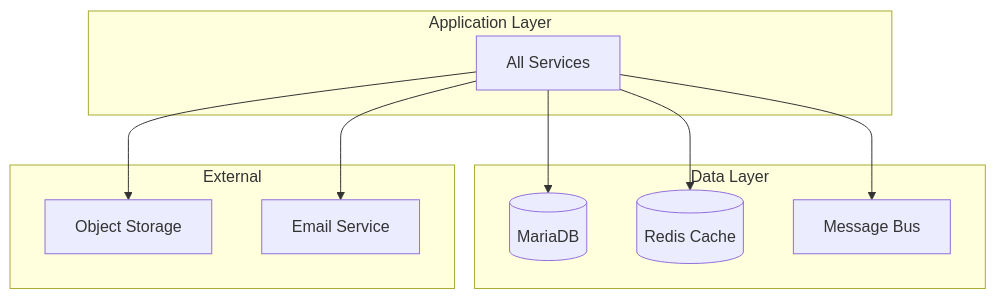
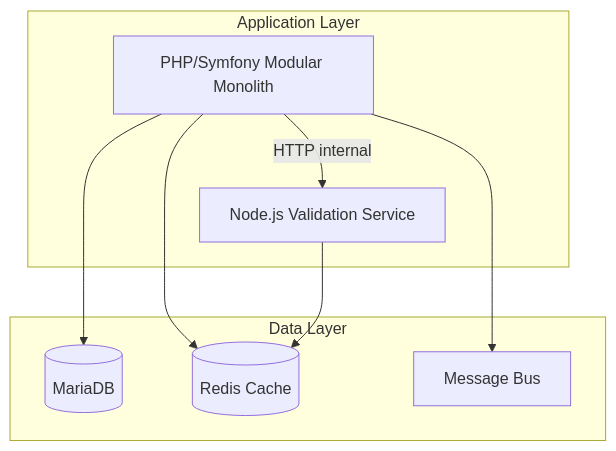
The tenth of 10 diagrams in docs/architecture/dependency-graphs.md (ikadar/ewlin), drawn with Mermaid before and after one commit. The commit also changed other lines of this file and 539 other files, not shown here.

````diff
--- a/docs/architecture/dependency-graphs.md
+++ b/docs/architecture/dependency-graphs.md
@@ -397,23 +386,19 @@
 ```mermaid
 flowchart TD
     subgraph Application Layer
-        Services[All Services]
+        PHP[PHP/Symfony Modular Monolith]
+        Node[Node.js Validation Service]
     end
-    
+
     subgraph Data Layer
         MariaDB[(MariaDB)]
         Redis[(Redis Cache)]
         MessageBus[Message Bus]
     end
-    
-    subgraph External
-        S3[Object Storage]
-        SMTP[Email Service]
-    end
-    
-    Services --> MariaDB
-    Services --> Redis
-    Services --> MessageBus
-    Services --> S3
-    Services --> SMTP
+
+    PHP --> MariaDB
+    PHP --> Redis
+    PHP --> MessageBus
+    PHP -->|HTTP internal| Node
+    Node --> Redis
 ```
````
